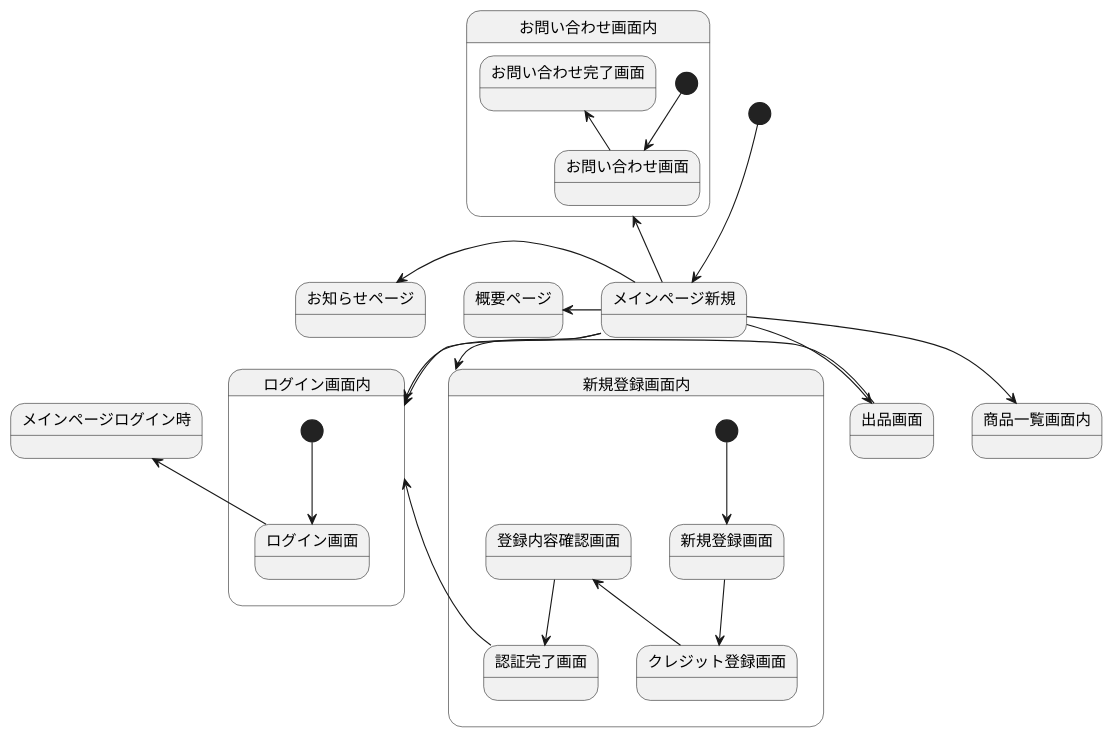
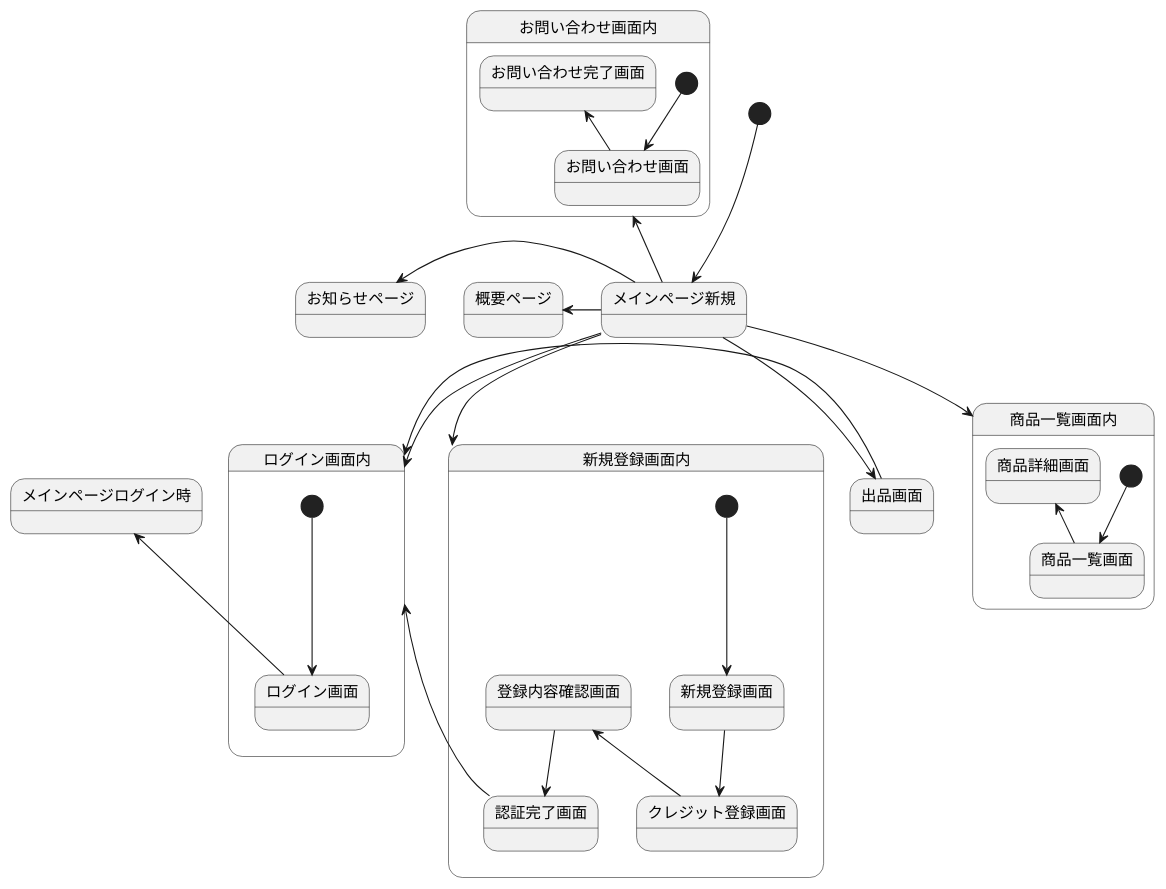
The diagram in 画面遷移図.md (Aso2001147/2021SystemDesign), drawn with PlantUML before and after one commit.

````diff
--- a/画面遷移図.md
+++ b/画面遷移図.md
@@ -1,35 +1,38 @@
 ```uml
 @startuml
 [*] --> メインページ新規
 メインページ新規 -left-> 概要ページ
 メインページ新規 -up-> お問い合わせ画面内
 メインページ新規 -left-> お知らせページ
 メインページ新規 --> ログイン画面内
 メインページ新規 --> 商品一覧画面内
 メインページ新規 --> 新規登録画面内
 メインページ新規 -> 出品画面
 出品画面 -> ログイン画面内
-
-
 
 state 新規登録画面内{
 [*] --> 新規登録画面
 新規登録画面 -down-> クレジット登録画面
 クレジット登録画面 -up-> 登録内容確認画面
 登録内容確認画面 -down-> 認証完了画面
 認証完了画面 -up-> ログイン画面内
 }
 
 state ログイン画面内{
 [*] -down-> ログイン画面
 }
 
 ログイン画面 -up-> メインページログイン時
 
 state お問い合わせ画面内{
 [*] -down-> お問い合わせ画面
 お問い合わせ画面 -up-> お問い合わせ完了画面
 }
 
+state 商品一覧画面内{
+[*] -down-> 商品一覧画面
+商品一覧画面 -up-> 商品詳細画面
+}
+
 @enduml
 ```
````
